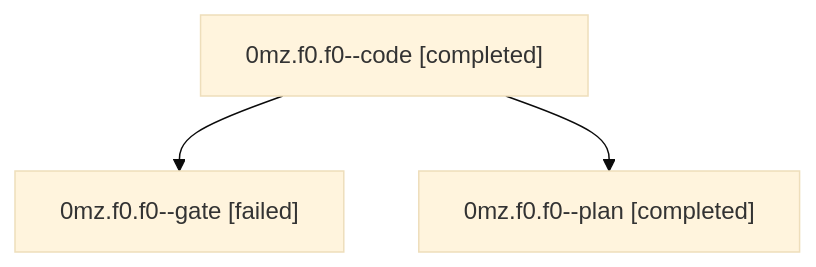
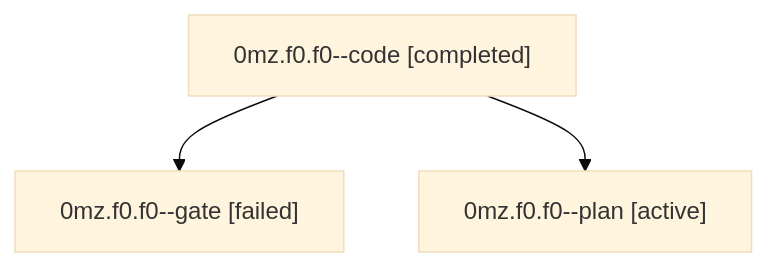
The diagram in families/bbugyi200.athena.0mz.f0.f0.md (bobs-org/bob-cli--agents), drawn with Mermaid (base theme) before and after one commit. The commit also changed other lines of this file and 1279 other files, not shown here.

````diff
--- a/families/bbugyi200.athena.0mz.f0.f0.md
+++ b/families/bbugyi200.athena.0mz.f0.f0.md
@@ -9,8 +9,8 @@
 ```mermaid
 flowchart TD
   n0["0mz.f0.f0--code [completed]"]
   n1["0mz.f0.f0--gate [failed]"]
   n0 --> n1
-  n2["0mz.f0.f0--plan [completed]"]
+  n2["0mz.f0.f0--plan [active]"]
   n0 --> n2
 ```
````
